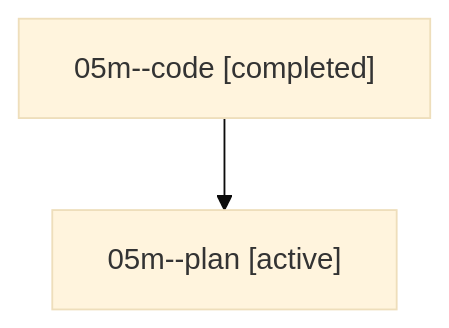
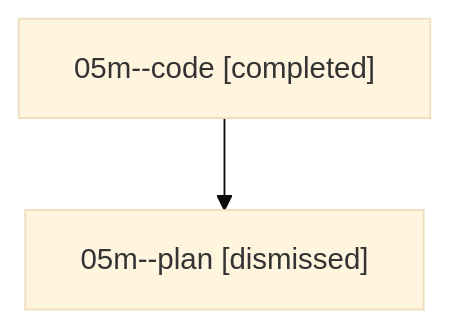
The diagram in sessions/bbugyi200.athena.05m.md (bobs-org/bob-cli--agents), drawn with Mermaid (base theme) before and after one commit. The commit also changed other lines of this file and 12 other files, not shown here.

````diff
--- a/sessions/bbugyi200.athena.05m.md
+++ b/sessions/bbugyi200.athena.05m.md
@@ -9,6 +9,6 @@
 ```mermaid
 flowchart TD
   n0["05m--code [completed]"]
-  n1["05m--plan [active]"]
+  n1["05m--plan [dismissed]"]
   n0 --> n1
 ```
````
